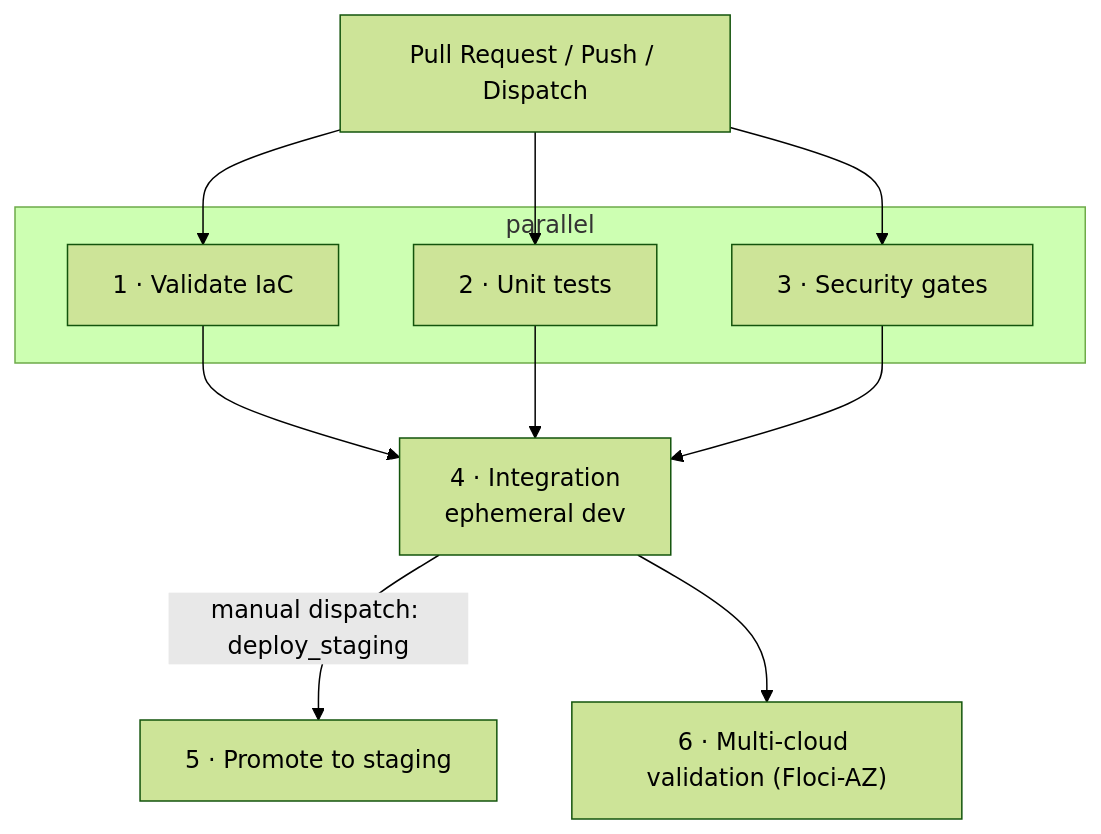
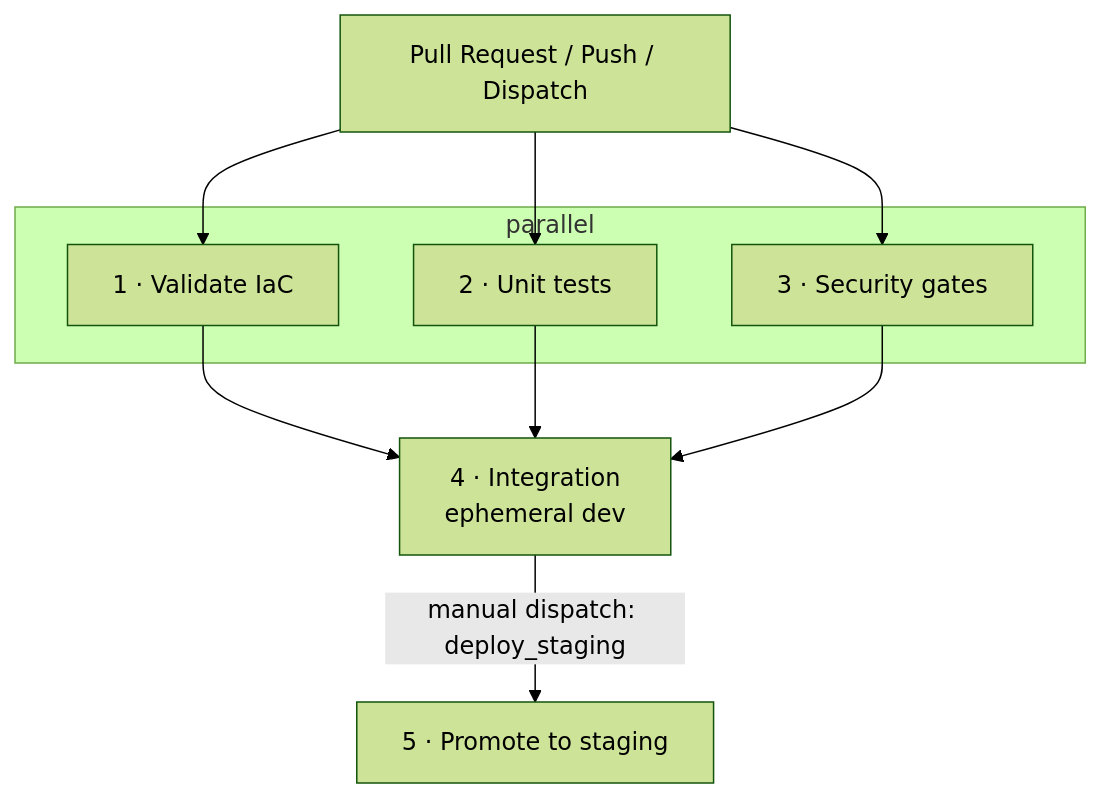
The diagram in docs/04-devops/ci.md (cyber-pnl/CloudForge), drawn with Mermaid (forest theme) before and after one commit. The commit also changed other lines of this file and 6 other files, not shown here.

First line of the commit message:
ci: remove multi-cloud (Azure) validation job from pipeline

````diff
--- a/docs/04-devops/ci.md
+++ b/docs/04-devops/ci.md
@@ -16,26 +16,24 @@
 ```mermaid
 flowchart TD
     Trigger[Pull Request / Push / Dispatch]
     J1["1 · Validate IaC"]
     J2["2 · Unit tests"]
     J3["3 · Security gates"]
     J4["4 · Integration<br/>ephemeral dev"]
     J5["5 · Promote to staging"]
-    J6["6 · Multi-cloud validation (Floci-AZ)"]
 
     Trigger --> J1
     Trigger --> J2
     Trigger --> J3
 
     subgraph parallel ["parallel"]
         J1
         J2
         J3
     end
 
     J1 --> J4
     J2 --> J4
     J3 --> J4
     J4 -->|manual dispatch: deploy_staging| J5
-    J4 --> J6
 ```
````
